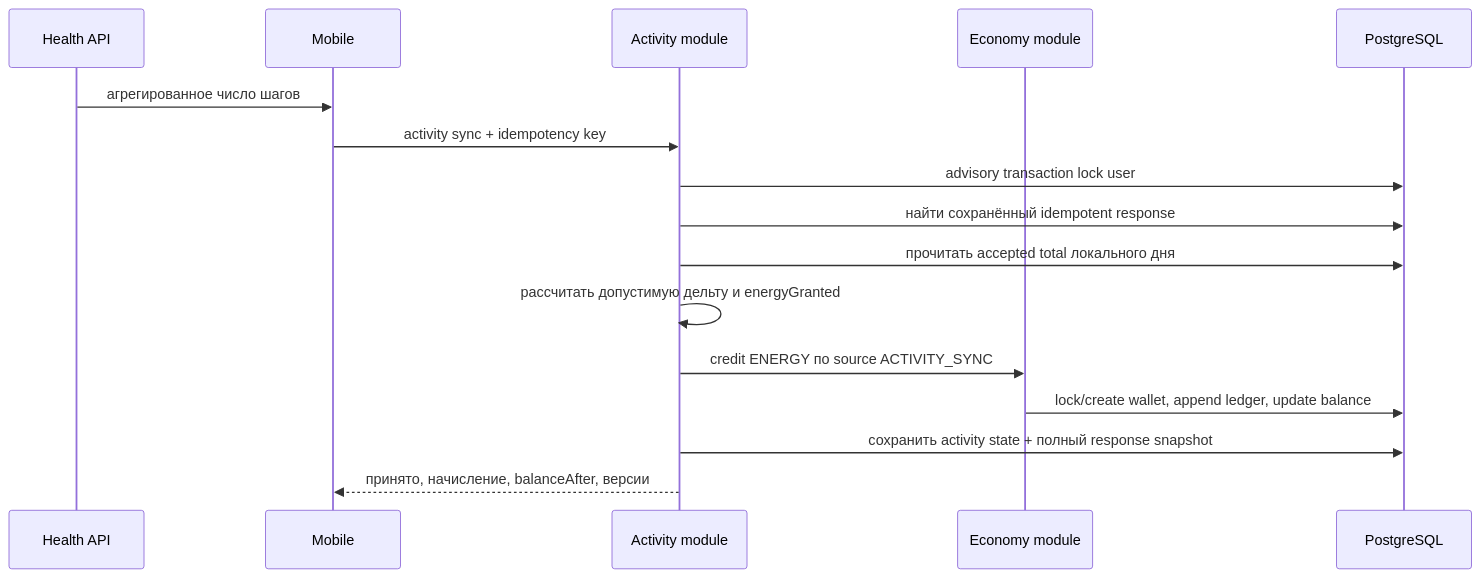
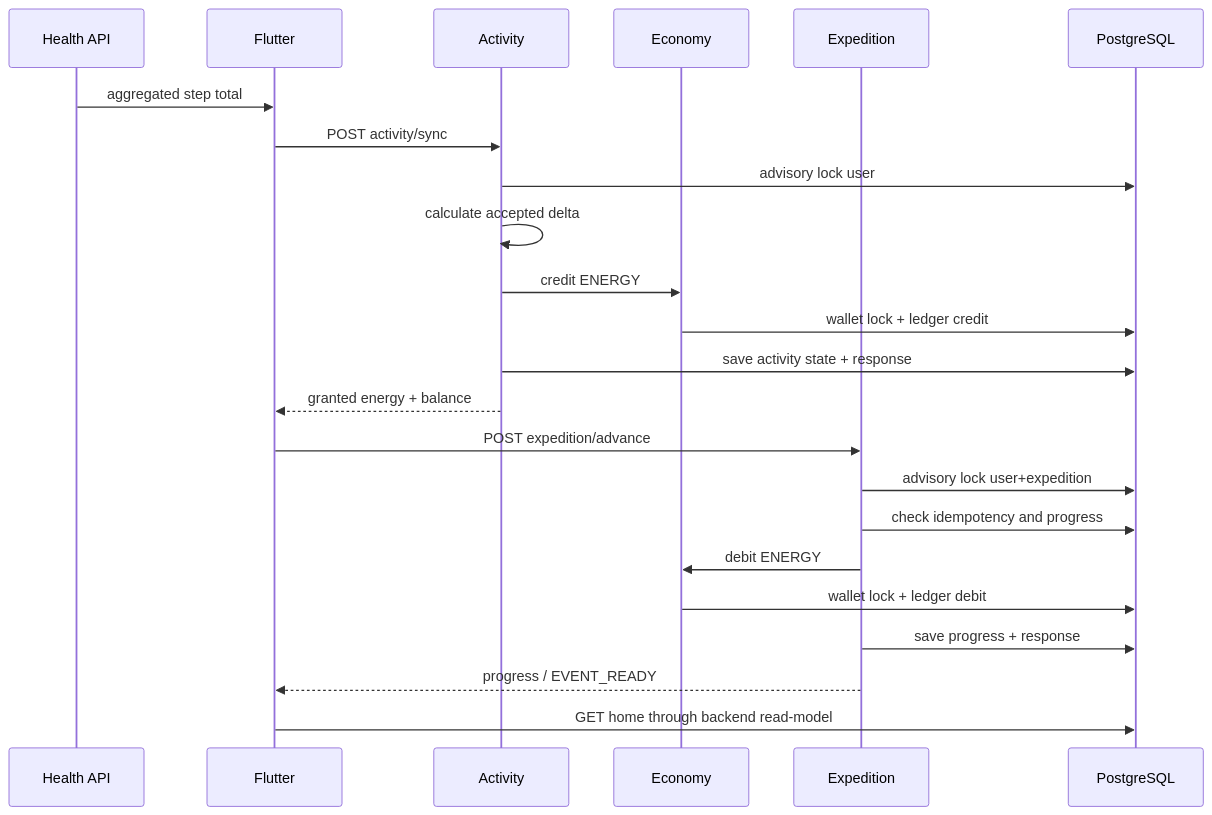
Before and after one commit to MKSEgr/walking-rpg: the diagram in docs/ARCHITECTURE.md, drawn with Mermaid. The commit also changed other lines of this file and 67 other files, not shown here.

Commit message:
feat: advance starter expedition with energy

````diff
--- a/docs/ARCHITECTURE.md
+++ b/docs/ARCHITECTURE.md
@@ -42,19 +38,28 @@
 ```mermaid
 sequenceDiagram
     participant H as Health API
-    participant M as Mobile
-    participant A as Activity module
-    participant E as Economy module
+    participant M as Flutter
+    participant A as Activity
+    participant E as Economy
+    participant X as Expedition
     participant D as PostgreSQL
 
-    H->>M: агрегированное число шагов
-    M->>A: activity sync + idempotency key
-    A->>D: advisory transaction lock user
-    A->>D: найти сохранённый idempotent response
-    A->>D: прочитать accepted total локального дня
-    A->>A: рассчитать допустимую дельту и energyGranted
-    A->>E: credit ENERGY по source ACTIVITY_SYNC
-    E->>D: lock/create wallet, append ledger, update balance
-    A->>D: сохранить activity state + полный response snapshot
-    A-->>M: принято, начисление, balanceAfter, версии
+    H->>M: aggregated step total
+    M->>A: POST activity/sync
+    A->>D: advisory lock user
+    A->>A: calculate accepted delta
+    A->>E: credit ENERGY
+    E->>D: wallet lock + ledger credit
+    A->>D: save activity state + response
+    A-->>M: granted energy + balance
+
+    M->>X: POST expedition/advance
+    X->>D: advisory lock user+expedition
+    X->>D: check idempotency and progress
+    X->>E: debit ENERGY
+    E->>D: wallet lock + ledger debit
+    X->>D: save progress + response
+    X-->>M: progress / EVENT_READY
+
+    M->>D: GET home through backend read-model
 ```
````
